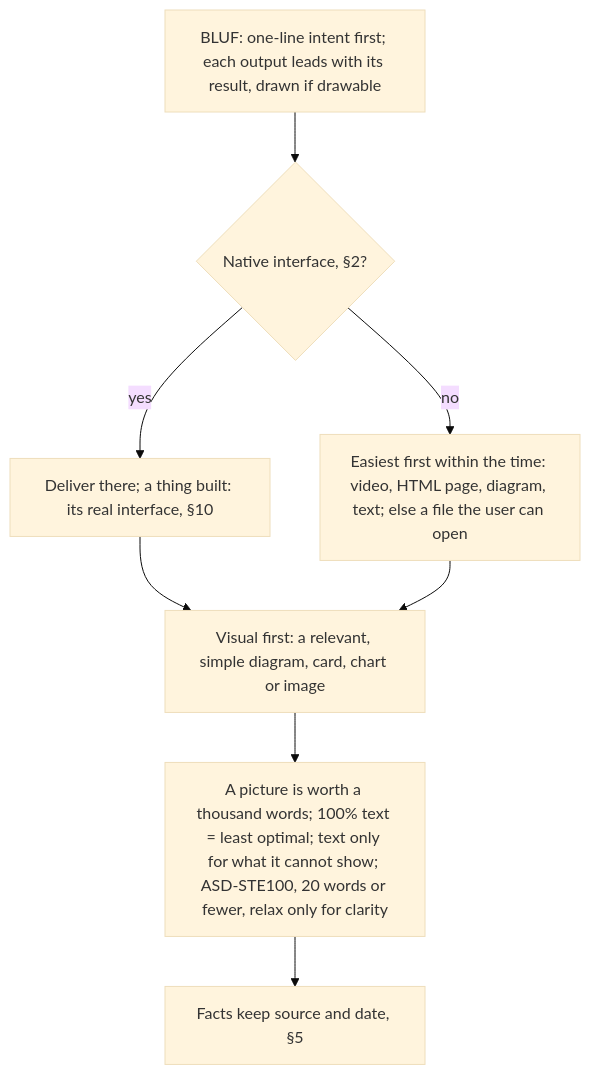
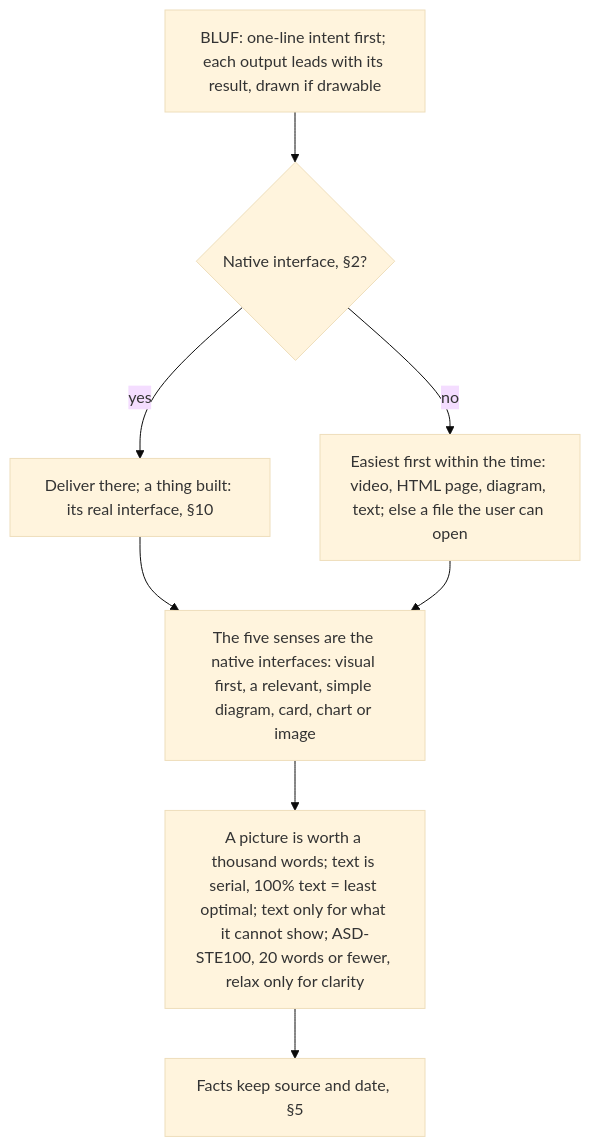
Diagram 12 of 14 in AGENTS.md (SolenixAI/arbiter), drawn with Mermaid (base theme) before and after one commit. The commit also changed other lines of this file, not shown here.

Commit message:
docs(agents): section 11: the five senses are the native interfaces; text is serial

````diff
--- a/AGENTS.md
+++ b/AGENTS.md
@@ -486,10 +488,10 @@
 ```mermaid
 flowchart TD
   IL["BLUF: one-line intent first; each output leads with its result, drawn if drawable"] --> N{Native interface, §2?}
   N -->|yes| V["Deliver there; a thing built: its real interface, §10"]
   N -->|no| F["Easiest first within the time: video, HTML page, diagram, text; else a file the user can open"]
-  V --> VF["Visual first: a relevant, simple diagram, card, chart or image"]
+  V --> VF["The five senses are the native interfaces: visual first, a relevant, simple diagram, card, chart or image"]
   F --> VF
-  VF --> T["A picture is worth a thousand words; 100% text = least optimal; text only for what it cannot show; ASD-STE100, 20 words or fewer, relax only for clarity"]
+  VF --> T["A picture is worth a thousand words; text is serial, 100% text = least optimal; text only for what it cannot show; ASD-STE100, 20 words or fewer, relax only for clarity"]
   T --> E["Facts keep source and date, §5"]
 ```
````
